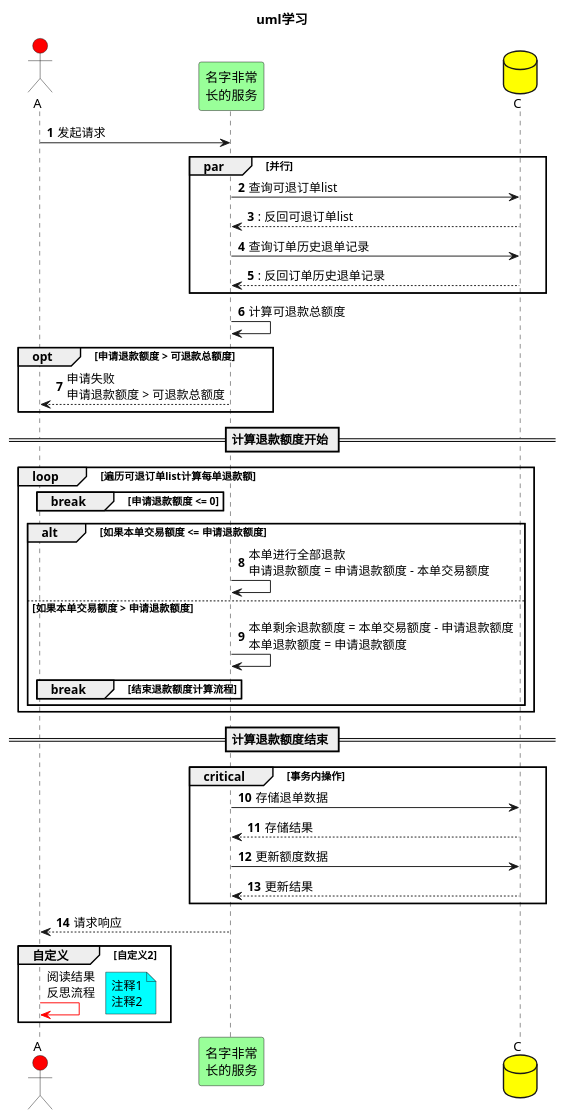
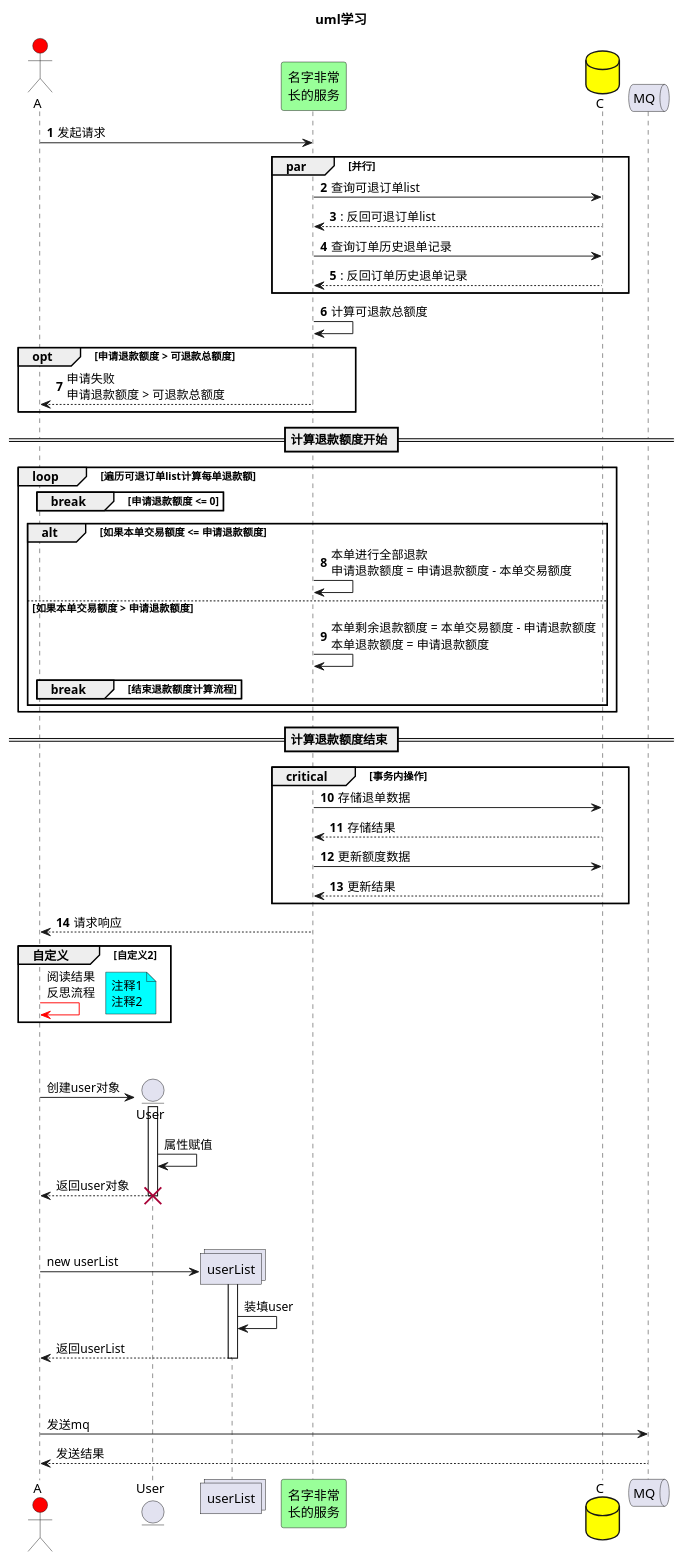
The diagram in diagram/Demo.puml (dictionaryshi/wxjj), drawn with PlantUML before and after one commit.

Commit message:
Demo.puml

```diff
--- a/diagram/Demo.puml
+++ b/diagram/Demo.puml
@@ -1,55 +1,75 @@
 @startuml
 'uml学习'
 
 title uml学习
 
 actor A #red
+entity User
+collections userList
 participant B as "名字非常\n长的服务" #99FF99
 database C #yellow
+queue MQ
 
 autonumber 1
 A -> B: 发起请求
 
 par 并行
 B -> C: 查询可退订单list
 return: 反回可退订单list
 B -> C: 查询订单历史退单记录
 return: 反回订单历史退单记录
 end
 
 B -> B: 计算可退款总额度
 opt 申请退款额度 > 可退款总额度
 B --> A: 申请失败\n申请退款额度 > 可退款总额度
 end
 
 == 计算退款额度开始 ==
 loop 遍历可退订单list计算每单退款额
 break 申请退款额度 <= 0
 end
 
 alt 如果本单交易额度 <= 申请退款额度
 B -> B: 本单进行全部退款\n申请退款额度 = 申请退款额度 - 本单交易额度
 else 如果本单交易额度 > 申请退款额度
 B -> B: 本单剩余退款额度 = 本单交易额度 - 申请退款额度\n本单退款额度 = 申请退款额度
 break 结束退款额度计算流程
 end
 end
 end
 == 计算退款额度结束 ==
 
 critical 事务内操作
 B -> C: 存储退单数据
 return 存储结果
 B -> C: 更新额度数据
 return 更新结果
 end
 
 B --> A: 请求响应
 autonumber stop
 
 group 自定义 [自定义2]
 A -[#red]> A: 阅读结果\n反思流程
 note right #aqua : 注释1\n注释2
 end
 
+||50||
+A -> User **: 创建user对象
+activate User
+User -> User: 属性赋值
+User --> A : 返回user对象
+destroy User
+
+||50||
+A -> userList ** : new userList
+activate userList
+userList -> userList: 装填user
+userList --> A -- : 返回userList
+
+||50||
+A -> MQ: 发送mq
+MQ --> A: 发送结果
+
 @enduml
```
